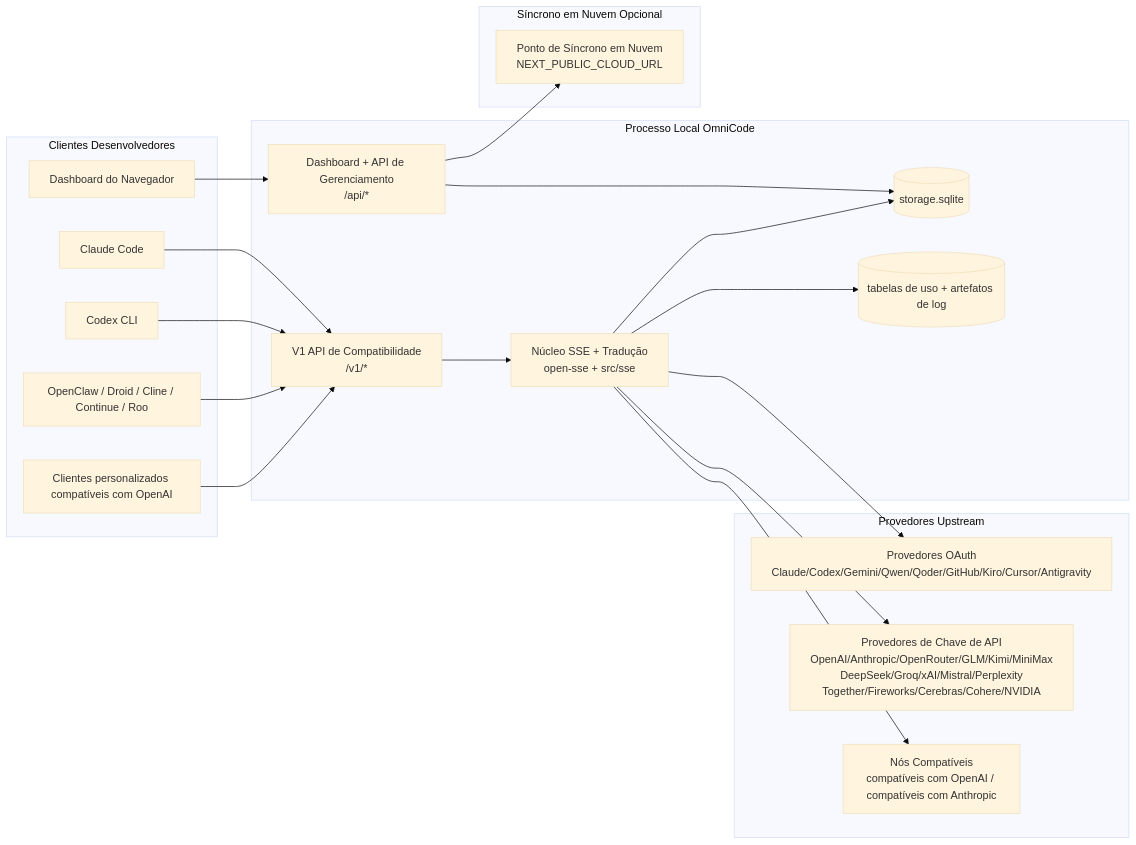
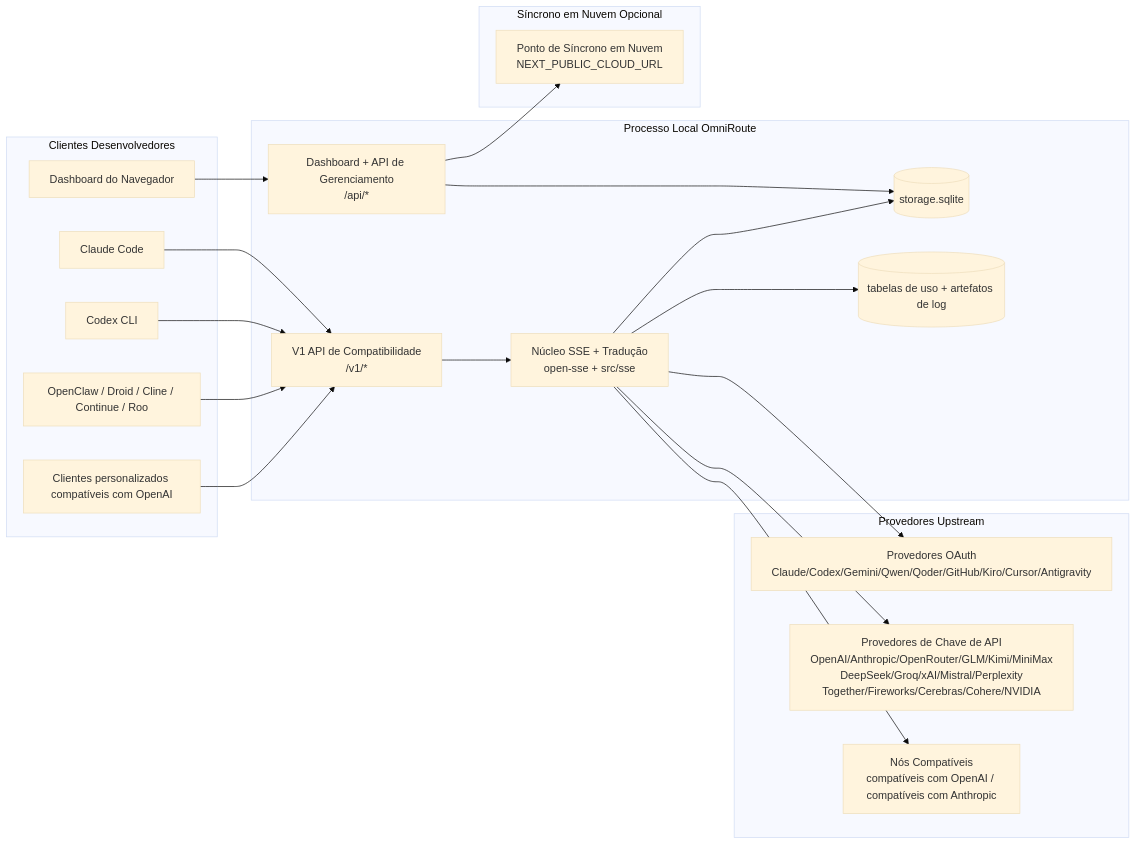
The first of 7 diagrams in docs/i18n/pt-BR/docs/architecture/ARCHITECTURE.md (vzwjustin/OmniCode), drawn with Mermaid (base theme) before and after one commit. The commit also changed other lines of this file and 167 other files, not shown here.

````diff
--- a/docs/i18n/pt-BR/docs/architecture/ARCHITECTURE.md
+++ b/docs/i18n/pt-BR/docs/architecture/ARCHITECTURE.md
@@ -167,45 +167,45 @@
 ```mermaid
 flowchart LR
     subgraph Clients[Clientes Desenvolvedores]
         C1[Claude Code]
         C2[Codex CLI]
         C3[OpenClaw / Droid / Cline / Continue / Roo]
         C4[Clientes personalizados compatíveis com OpenAI]
         BROWSER[Dashboard do Navegador]
     end
 
-    subgraph Router[Processo Local OmniCode]
+    subgraph Router[Processo Local OmniRoute]
         API[V1 API de Compatibilidade\n/v1/*]
         DASH[Dashboard + API de Gerenciamento\n/api/*]
         CORE[Núcleo SSE + Tradução\nopen-sse + src/sse]
         DB[(storage.sqlite)]
         UDB[(tabelas de uso + artefatos de log)]
     end
 
     subgraph Upstreams[Provedores Upstream]
         P1[Provedores OAuth\nClaude/Codex/Gemini/Qwen/Qoder/GitHub/Kiro/Cursor/Antigravity]
         P2[Provedores de Chave de API\nOpenAI/Anthropic/OpenRouter/GLM/Kimi/MiniMax\nDeepSeek/Groq/xAI/Mistral/Perplexity\nTogether/Fireworks/Cerebras/Cohere/NVIDIA]
         P3[Nós Compatíveis\ncompatíveis com OpenAI / compatíveis com Anthropic]
     end
 
     subgraph Cloud[Síncrono em Nuvem Opcional]
         CLOUD[Ponto de Síncrono em Nuvem\nNEXT_PUBLIC_CLOUD_URL]
     end
 
     C1 --> API
     C2 --> API
     C3 --> API
     C4 --> API
     BROWSER --> DASH
 
     API --> CORE
     DASH --> DB
     CORE --> DB
     CORE --> UDB
 
     CORE --> P1
     CORE --> P2
     CORE --> P3
 
     DASH --> CLOUD
 ```
````
